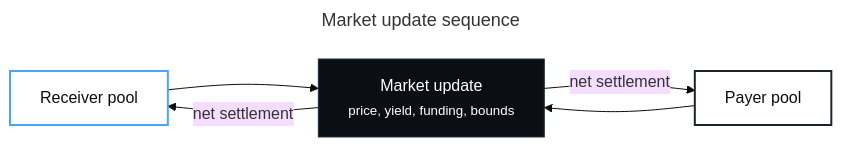
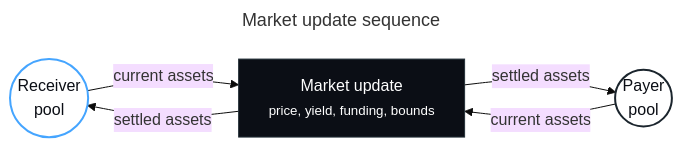
One commit to Null-Solutions/v1-docs changed the diagram in diagrams/market-update-sequence.mmd. Above: the diagram before and after it, drawn with Mermaid (base theme). The commit also changed 11 other files, not shown here.

Commit message:
Make docs pool diagrams circular

```diff
--- a/diagrams/market-update-sequence.mmd
+++ b/diagrams/market-update-sequence.mmd
@@ -1,19 +1,19 @@
 ---
 title: Market update sequence
 ---
 flowchart LR
-  receiver["Receiver pool"]
+  receiver(("Receiver<br/>pool"))
   update["Market update<br/><small>price, yield, funding, bounds</small>"]
-  payer["Payer pool"]
+  payer(("Payer<br/>pool"))
 
-  receiver --> update
-  payer --> update
-  update -- "net settlement" --> receiver
-  update -- "net settlement" --> payer
+  receiver -- "current assets" --> update
+  payer -- "current assets" --> update
+  update -- "settled assets" --> receiver
+  update -- "settled assets" --> payer
 
   classDef receiver fill:#FFFFFF,color:#0B0E15,stroke:#45A5FF,stroke-width:2px;
   classDef payer fill:#FFFFFF,color:#0B0E15,stroke:#1B252D,stroke-width:2px;
   classDef core fill:#0B0E15,color:#FFFFFF,stroke:#243038,stroke-width:1px;
   class receiver receiver;
   class payer payer;
   class update core;
```
